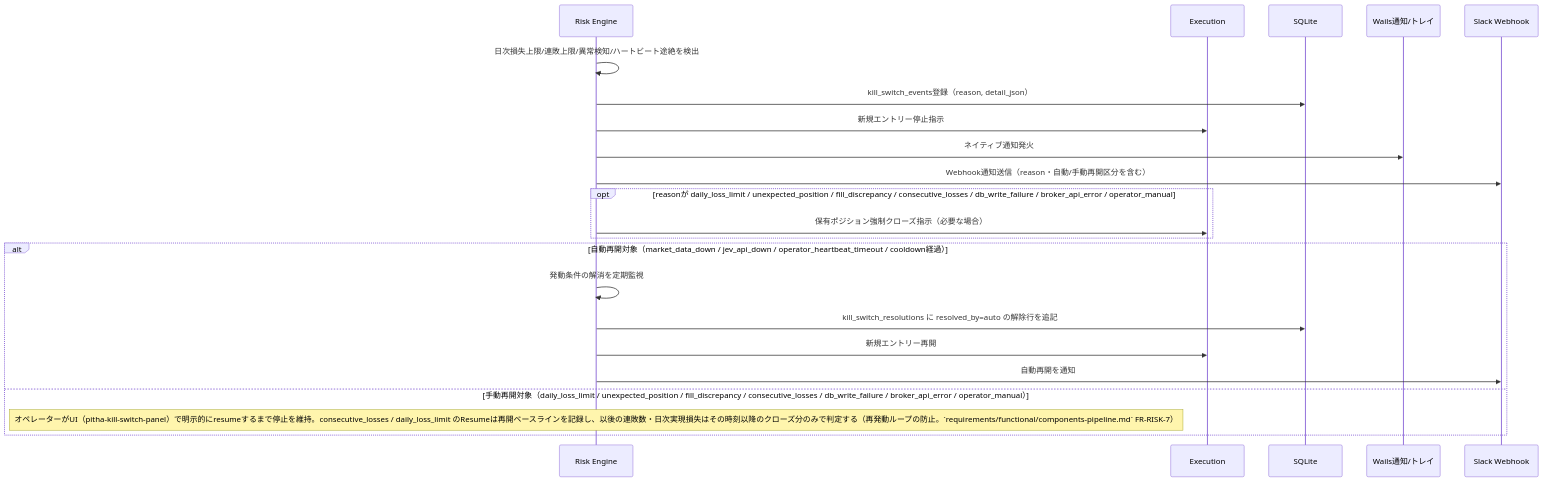
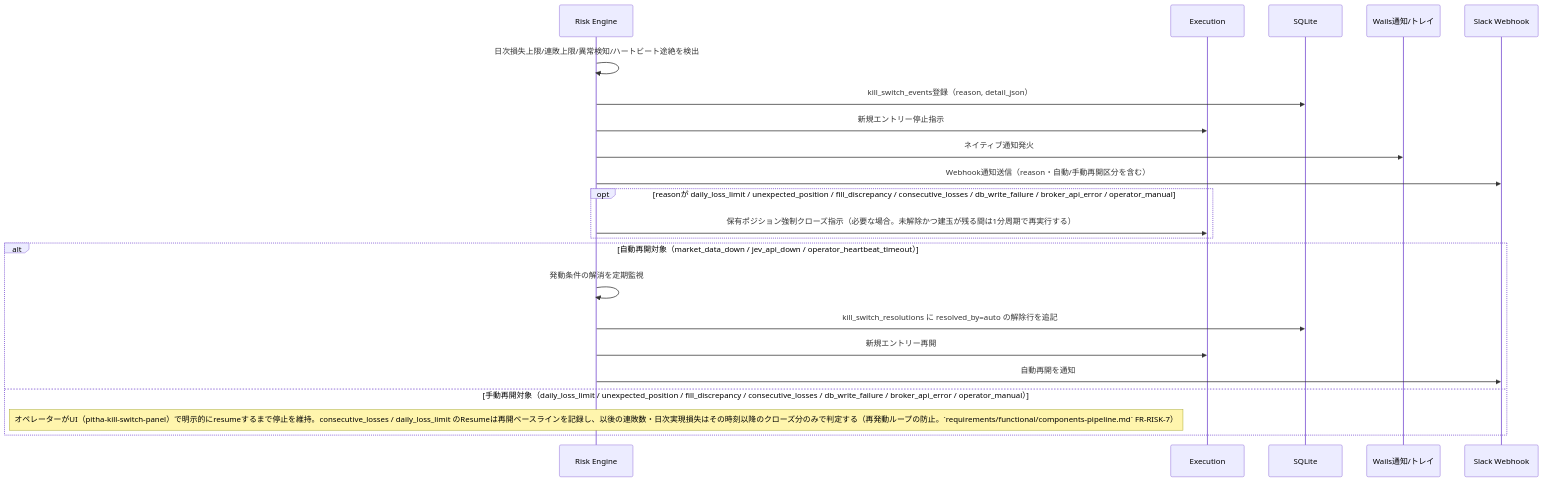
The second of 4 diagrams in docs/architecture/overview/flows.md (ousiassllc/pitha-trador), drawn with Mermaid before and after one commit. The commit also changed 12 other files, not shown here.

````diff
--- a/docs/architecture/overview/flows.md
+++ b/docs/architecture/overview/flows.md
@@ -35,25 +35,25 @@
 ```mermaid
 sequenceDiagram
     participant RE as Risk Engine
     participant EX as Execution
     participant DB as SQLite
     participant TRAY as Wails通知/トレイ
     participant SLACK as Slack Webhook
 
     RE->>RE: 日次損失上限/連敗上限/異常検知/ハートビート途絶を検出
     RE->>DB: kill_switch_events登録（reason, detail_json）
     RE->>EX: 新規エントリー停止指示
     RE->>TRAY: ネイティブ通知発火
     RE->>SLACK: Webhook通知送信（reason・自動/手動再開区分を含む）
     opt reasonが daily_loss_limit / unexpected_position / fill_discrepancy / consecutive_losses / db_write_failure / broker_api_error / operator_manual
-        RE->>EX: 保有ポジション強制クローズ指示（必要な場合）
+        RE->>EX: 保有ポジション強制クローズ指示（必要な場合。未解除かつ建玉が残る間は1分周期で再実行する）
     end
-    alt 自動再開対象（market_data_down / jev_api_down / operator_heartbeat_timeout / cooldown経過）
+    alt 自動再開対象（market_data_down / jev_api_down / operator_heartbeat_timeout）
         RE->>RE: 発動条件の解消を定期監視
         RE->>DB: kill_switch_resolutions に resolved_by=auto の解除行を追記
         RE->>EX: 新規エントリー再開
         RE->>SLACK: 自動再開を通知
     else 手動再開対象（daily_loss_limit / unexpected_position / fill_discrepancy / consecutive_losses / db_write_failure / broker_api_error / operator_manual）
         Note over RE: オペレーターがUI（pitha-kill-switch-panel）で明示的にresumeするまで停止を維持。consecutive_losses / daily_loss_limit のResumeは再開ベースラインを記録し、以後の連敗数・日次実現損失はその時刻以降のクローズ分のみで判定する（再発動ループの防止。`requirements/functional/components-pipeline.md` FR-RISK-7）
     end
 ```
````
